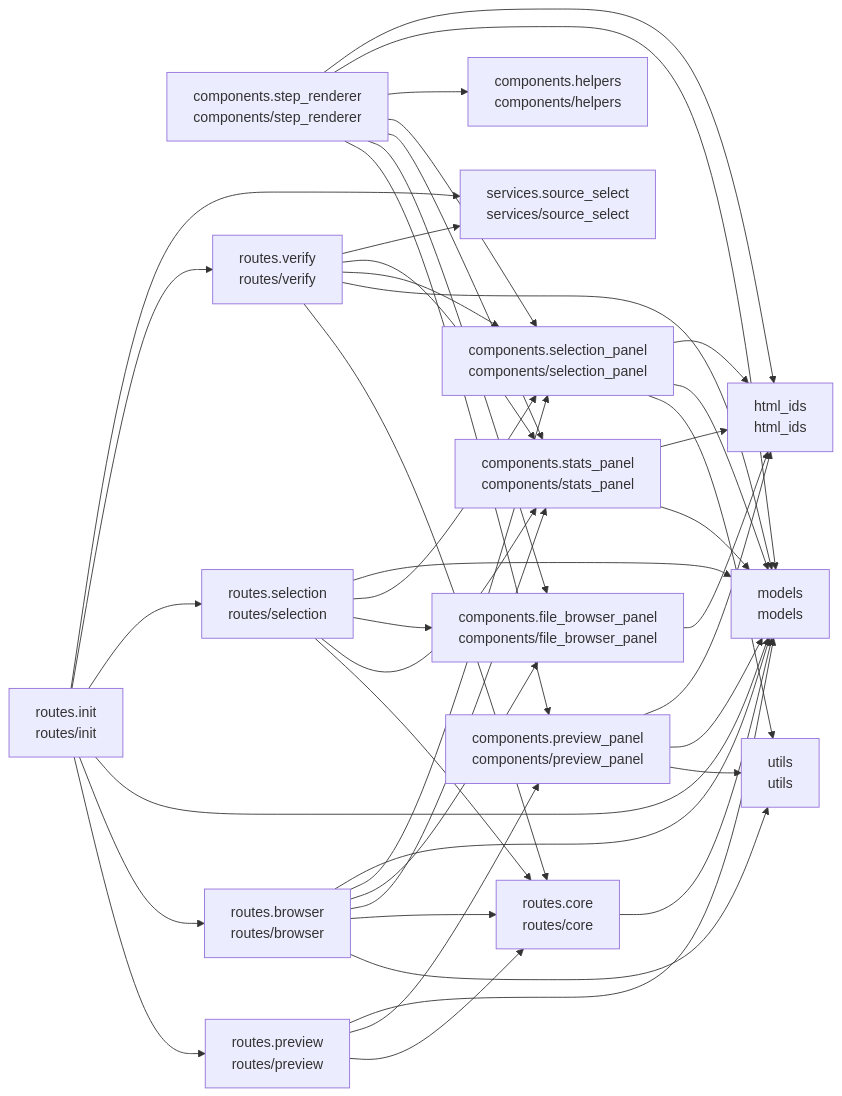
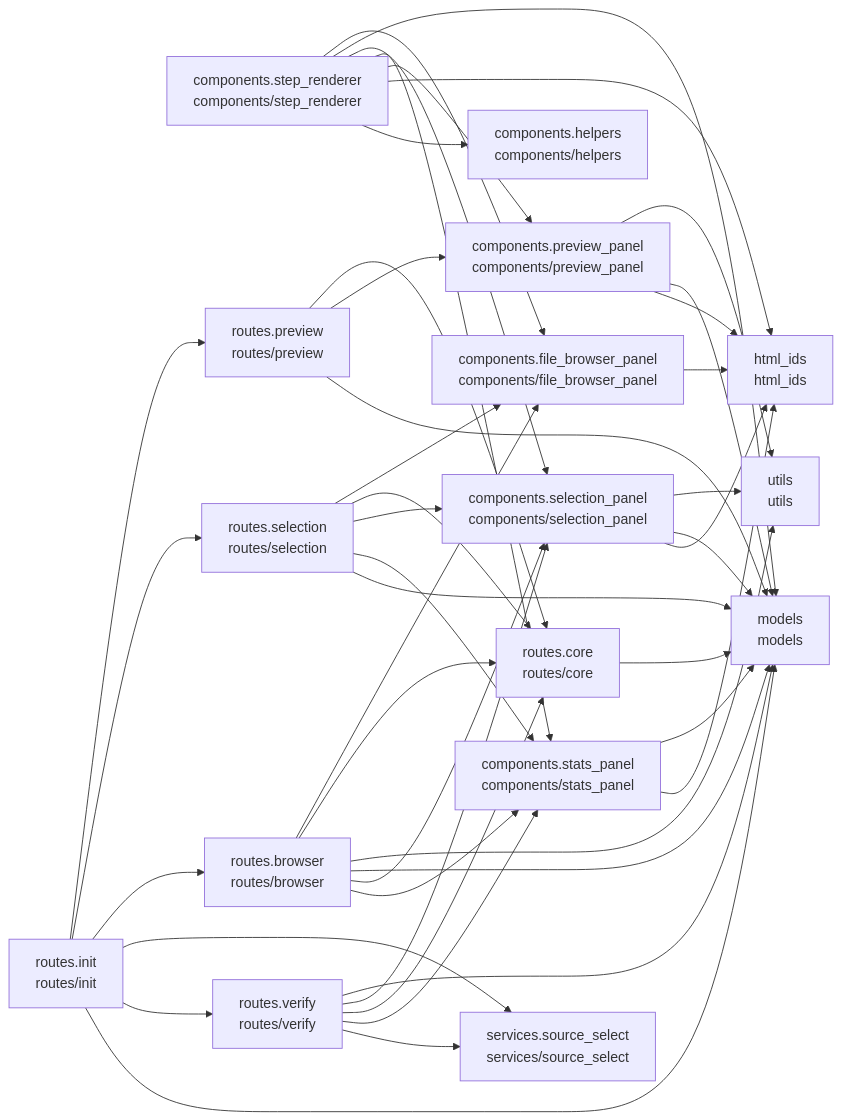
One commit to cj-mills/cjm-transcription-source-select changed the diagram in README.md. Above: the diagram before and after it, drawn with Mermaid. The commit also changed other lines of this file and 10 other files, not shown here.

Commit message:
Add folder bulk-select via file browser checkbox toggle with auto-deselect when child files are individually removed.

````diff
--- a/README.md
+++ b/README.md
@@ -39,62 +39,62 @@
 ``` mermaid
 graph LR
     components_file_browser_panel[components.file_browser_panel<br/>components/file_browser_panel]
     components_helpers[components.helpers<br/>components/helpers]
     components_preview_panel[components.preview_panel<br/>components/preview_panel]
     components_selection_panel[components.selection_panel<br/>components/selection_panel]
     components_stats_panel[components.stats_panel<br/>components/stats_panel]
     components_step_renderer[components.step_renderer<br/>components/step_renderer]
     html_ids[html_ids<br/>html_ids]
     models[models<br/>models]
     routes_browser[routes.browser<br/>routes/browser]
     routes_core[routes.core<br/>routes/core]
     routes_init[routes.init<br/>routes/init]
     routes_preview[routes.preview<br/>routes/preview]
     routes_selection[routes.selection<br/>routes/selection]
     routes_verify[routes.verify<br/>routes/verify]
     services_source_select[services.source_select<br/>services/source_select]
     utils[utils<br/>utils]
 
     components_file_browser_panel --> html_ids
     components_preview_panel --> utils
     components_preview_panel --> models
     components_preview_panel --> html_ids
     components_selection_panel --> utils
     components_selection_panel --> models
     components_selection_panel --> html_ids
     components_stats_panel --> models
     components_stats_panel --> html_ids
+    components_step_renderer --> components_file_browser_panel
+    components_step_renderer --> models
+    components_step_renderer --> components_selection_panel
+    components_step_renderer --> components_stats_panel
     components_step_renderer --> components_preview_panel
-    components_step_renderer --> components_file_browser_panel
-    components_step_renderer --> components_stats_panel
-    components_step_renderer --> components_selection_panel
+    components_step_renderer --> html_ids
     components_step_renderer --> components_helpers
-    components_step_renderer --> models
-    components_step_renderer --> html_ids
+    routes_browser --> components_file_browser_panel
+    routes_browser --> routes_core
     routes_browser --> utils
-    routes_browser --> routes_core
+    routes_browser --> models
+    routes_browser --> components_selection_panel
     routes_browser --> components_stats_panel
-    routes_browser --> components_file_browser_panel
-    routes_browser --> components_selection_panel
-    routes_browser --> models
     routes_core --> models
     routes_init --> routes_preview
+    routes_init --> routes_selection
     routes_init --> routes_browser
+    routes_init --> services_source_select
+    routes_init --> routes_verify
     routes_init --> models
-    routes_init --> routes_selection
-    routes_init --> routes_verify
-    routes_init --> services_source_select
     routes_preview --> routes_core
     routes_preview --> components_preview_panel
     routes_preview --> models
+    routes_selection --> components_file_browser_panel
     routes_selection --> routes_core
+    routes_selection --> components_selection_panel
     routes_selection --> components_stats_panel
-    routes_selection --> components_file_browser_panel
-    routes_selection --> components_selection_panel
     routes_selection --> models
-    routes_verify --> routes_core
     routes_verify --> models
     routes_verify --> components_selection_panel
+    routes_verify --> routes_core
     routes_verify --> components_stats_panel
     routes_verify --> services_source_select
 ```
````
